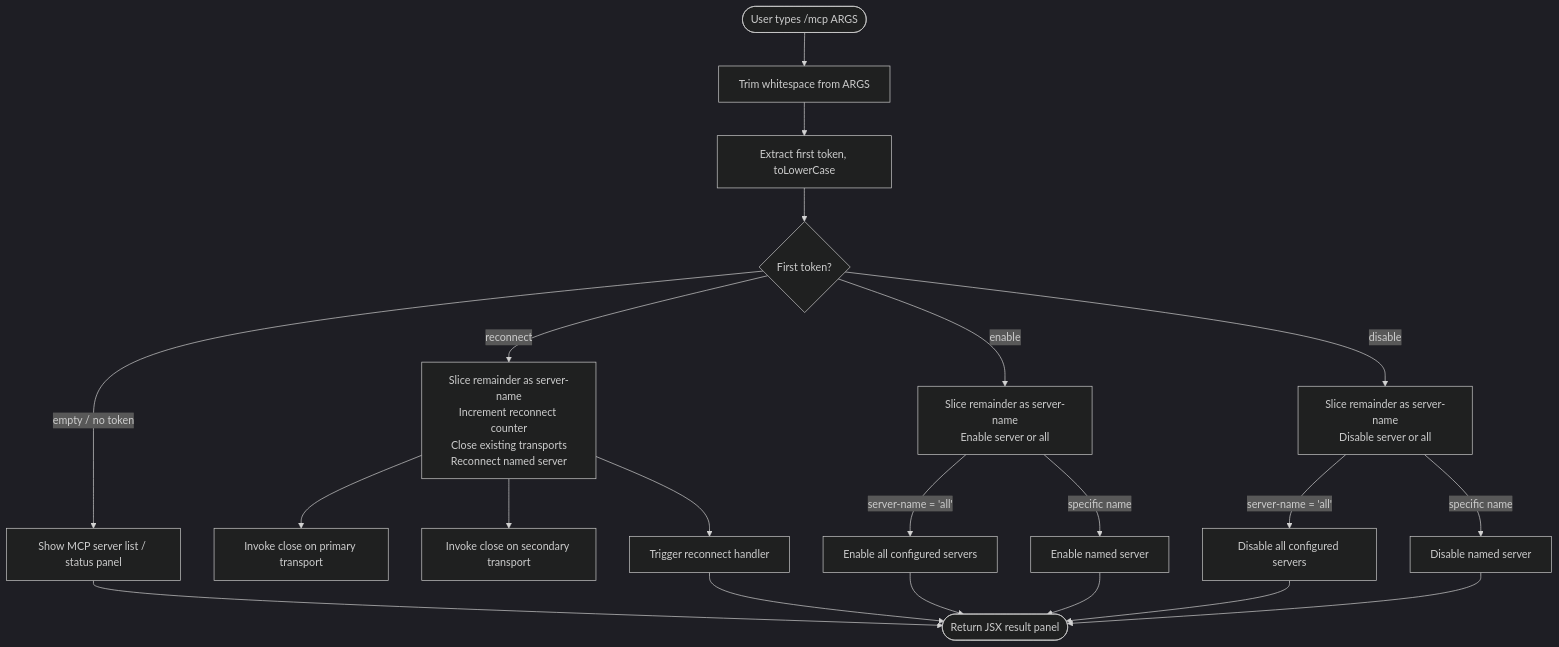
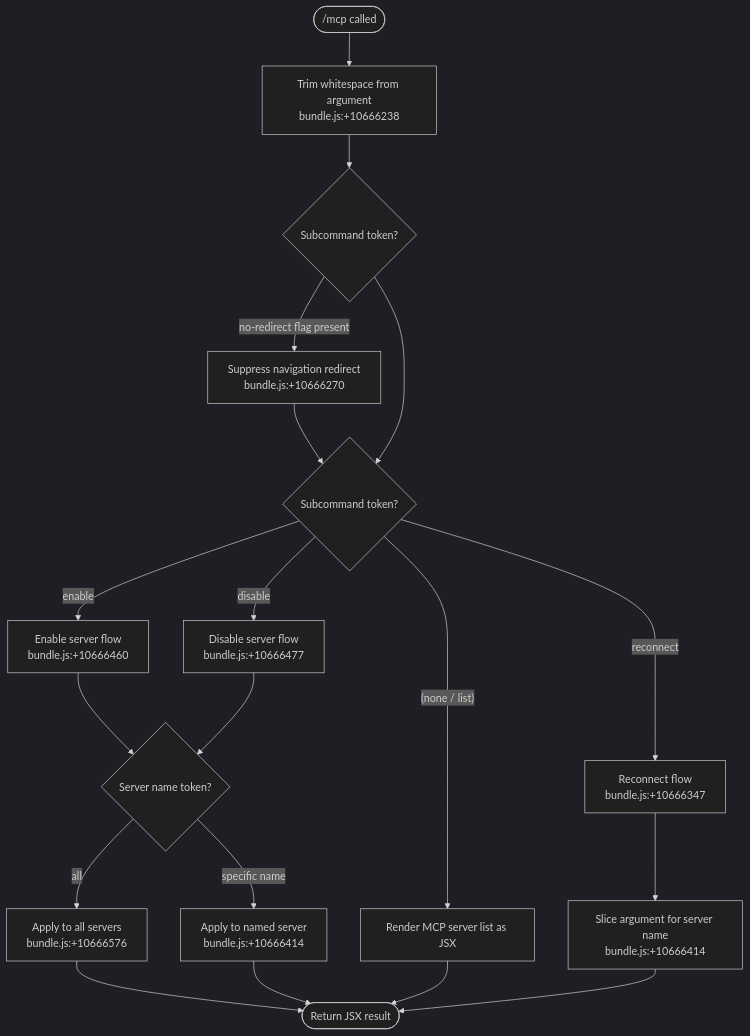
The diagram in versions/v2.1.132/mcp.md (MyLittleLuckyDog/cc-gnothi), drawn with Mermaid (dark theme) before and after one commit. The commit also changed other lines of this file and 96 other files, not shown here.

````diff
--- a/versions/v2.1.132/mcp.md
+++ b/versions/v2.1.132/mcp.md
@@ -45,20 +55,21 @@
 ```mermaid
 flowchart TD
-    A([User types /mcp ARGS]) --> B[Trim whitespace from ARGS]
-    B --> C[Extract first token, toLowerCase]
-    C --> D{First token?}
-    D -->|empty / no token| E[Show MCP server list / status panel]
-    D -->|reconnect| F[Slice remainder as server-name\nIncrement reconnect counter\nClose existing transports\nReconnect named server]
-    D -->|enable| G[Slice remainder as server-name\nEnable server or all]
-    D -->|disable| H[Slice remainder as server-name\nDisable server or all]
-    F --> I[Invoke close on primary transport]
-    F --> J[Invoke close on secondary transport]
-    F --> K[Trigger reconnect handler]
-    G -->|server-name = 'all'| L[Enable all configured servers]
-    G -->|specific name| M[Enable named server]
-    H -->|server-name = 'all'| N[Disable all configured servers]
-    H -->|specific name| O[Disable named server]
-    L & M & N & O --> P([Return JSX result panel])
-    E --> P
-    K --> P
+    A(["/mcp called"]) --> B["Trim whitespace from argument\nbundle.js:+10666238"]
+    B --> C{Subcommand token?}
+    C -->|"no-redirect flag present"| D["Suppress navigation redirect\nbundle.js:+10666270"]
+    D --> E{Subcommand token?}
+    C --> E
+    E -->|"reconnect"| F["Reconnect flow\nbundle.js:+10666347"]
+    E -->|"enable"| G["Enable server flow\nbundle.js:+10666460"]
+    E -->|"disable"| H["Disable server flow\nbundle.js:+10666477"]
+    E -->|"(none / list)"| I["Render MCP server list as JSX"]
+    F --> J["Slice argument for server name\nbundle.js:+10666414"]
+    G --> K{Server name token?}
+    H --> K
+    K -->|"all"| L["Apply to all servers\nbundle.js:+10666576"]
+    K -->|"specific name"| M["Apply to named server\nbundle.js:+10666414"]
+    L --> N([Return JSX result])
+    M --> N
+    I --> N
+    J --> N
 ```
````
